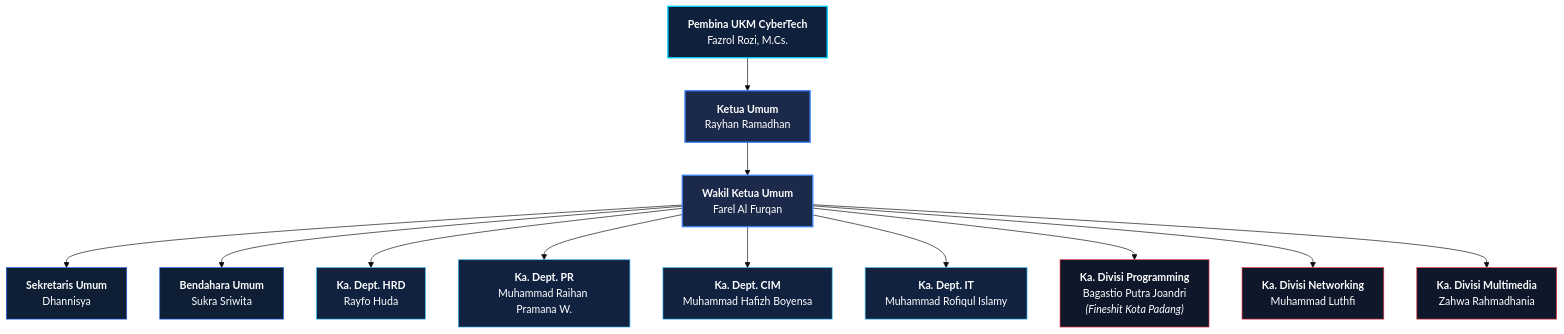
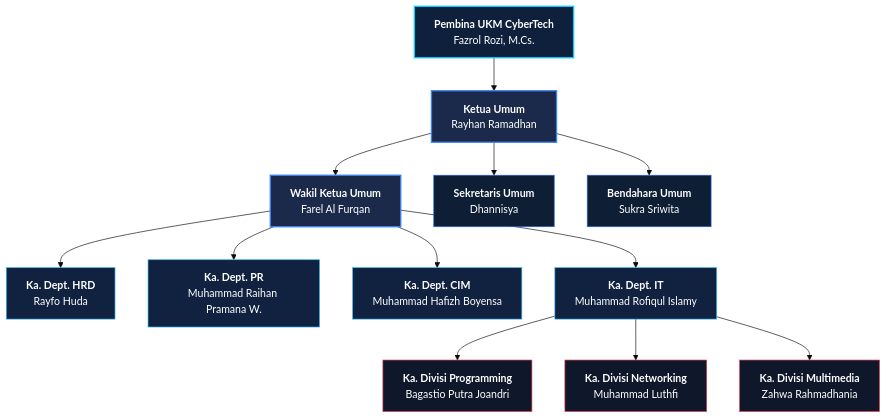
Before and after one commit to git-bjoand/CyberTech: the diagram in UKM_CYBERTECH_2026.md, drawn with Mermaid (base theme).

Commit message:
perbaikan dcument ukm cybertech

````diff
--- a/UKM_CYBERTECH_2026.md
+++ b/UKM_CYBERTECH_2026.md
@@ -31,36 +31,36 @@
 ```mermaid
 graph TD
     classDef pembina fill:#0f203c,stroke:#00d4ff,stroke-width:2px,color:#fff;
     classDef ketum fill:#1b2a4a,stroke:#3b82f6,stroke-width:2px,color:#fff;
     classDef dph fill:#0d1e35,stroke:#2563eb,stroke-width:1px,color:#fff;
     classDef kadep fill:#112240,stroke:#38bdf8,stroke-width:1px,color:#fff;
     classDef kadiv fill:#0f172a,stroke:#e63946,stroke-width:1px,color:#fff;
 
     Pembina["<b>Pembina UKM CyberTech</b><br/>Fazrol Rozi, M.Cs."]:::pembina
     Ketum["<b>Ketua Umum</b><br/>Rayhan Ramadhan"]:::ketum
     Waketum["<b>Wakil Ketua Umum</b><br/>Farel Al Furqan"]:::ketum
 
     Sekretaris["<b>Sekretaris Umum</b><br/>Dhannisya"]:::dph
     Bendahara["<b>Bendahara Umum</b><br/>Sukra Sriwita"]:::dph
 
     DeptHRD["<b>Ka. Dept. HRD</b><br/>Rayfo Huda"]:::kadep
     DeptPR["<b>Ka. Dept. PR</b><br/>Muhammad Raihan Pramana W."]:::kadep
     DeptCIM["<b>Ka. Dept. CIM</b><br/>Muhammad Hafizh Boyensa"]:::kadep
     DeptIT["<b>Ka. Dept. IT</b><br/>Muhammad Rofiqul Islamy"]:::kadep
 
-    DivProg["<b>Ka. Divisi Programming</b><br/>Bagastio Putra Joandri<br/><i>(Fineshit Kota Padang)</i>"]:::kadiv
+    DivProg["<b>Ka. Divisi Programming</b><br/>Bagastio Putra Joandri<br/>"]:::kadiv
     DivNet["<b>Ka. Divisi Networking</b><br/>Muhammad Luthfi"]:::kadiv
     DivMulti["<b>Ka. Divisi Multimedia</b><br/>Zahwa Rahmadhania"]:::kadiv
 
     Pembina --> Ketum
     Ketum --> Waketum
-    Waketum --> Sekretaris
-    Waketum --> Bendahara
+    Ketum --> Sekretaris
+    Ketum --> Bendahara
     Waketum --> DeptHRD
     Waketum --> DeptPR
     Waketum --> DeptCIM
     Waketum --> DeptIT
-    Waketum --> DivProg
-    Waketum --> DivNet
-    Waketum --> DivMulti
+    DeptIT --> DivProg
+    DeptIT --> DivNet
+    DeptIT --> DivMulti
 ```
````
